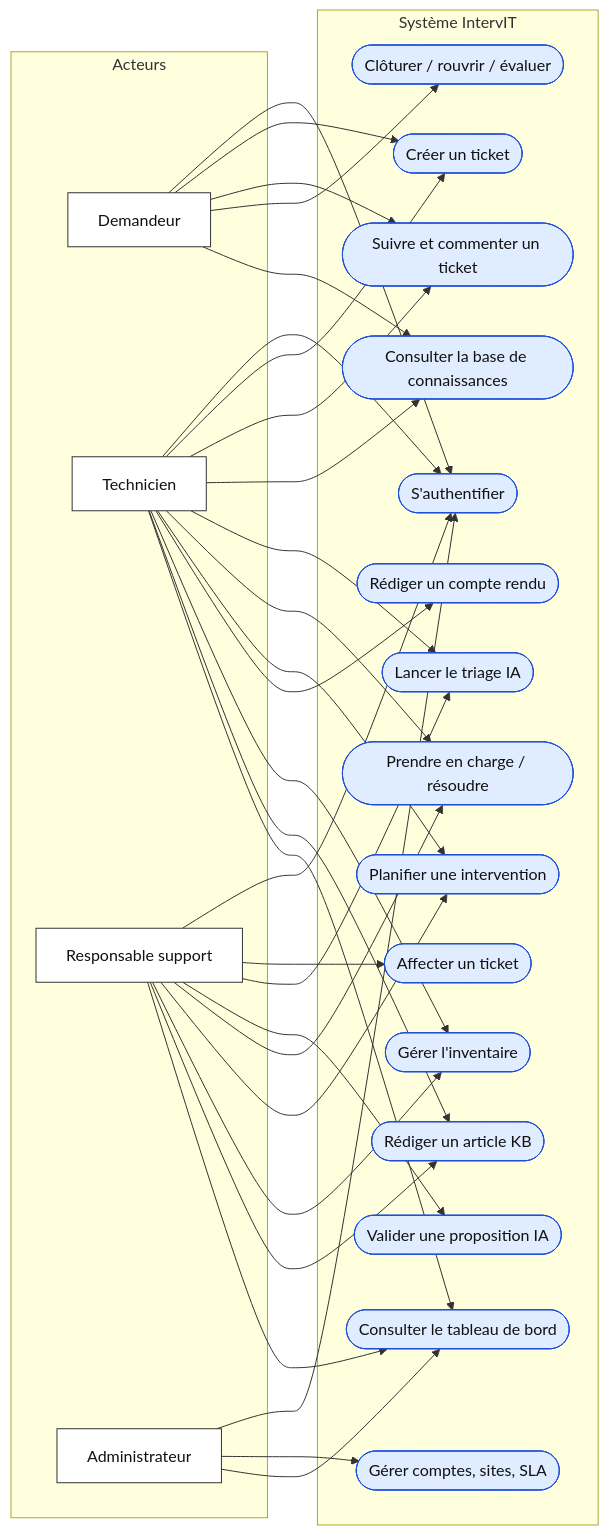
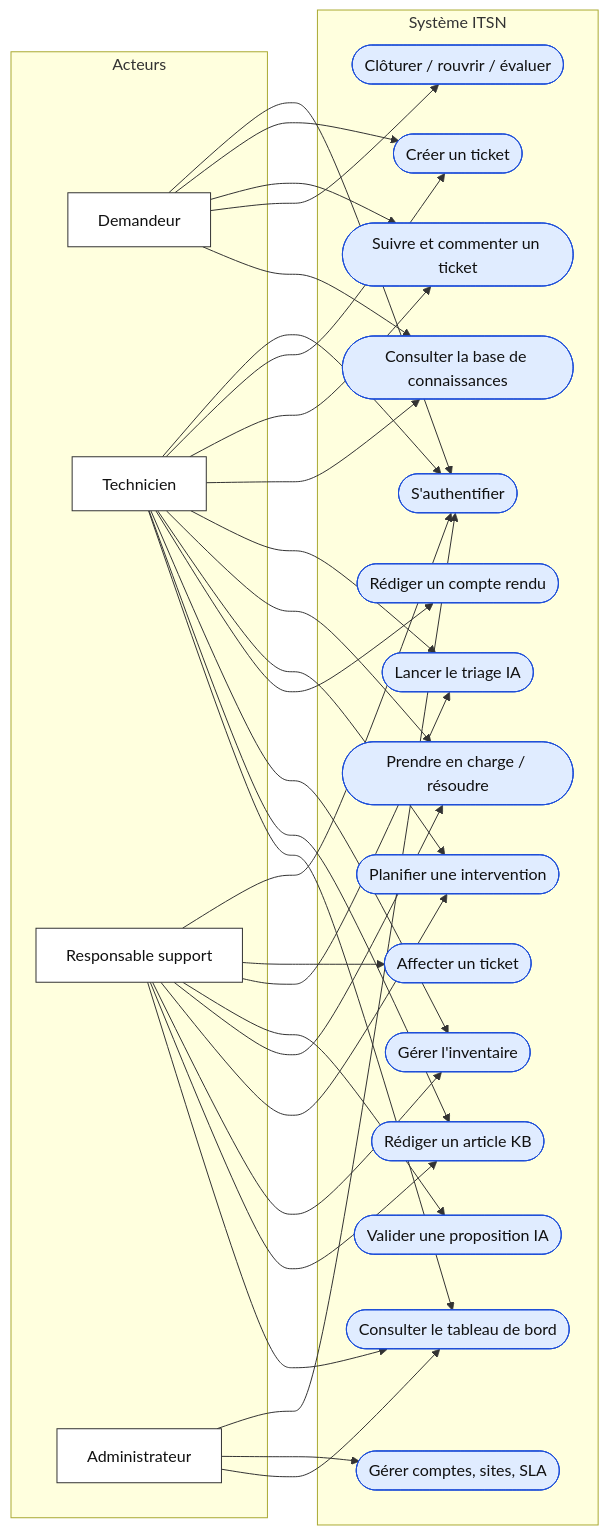
One commit to domoufan/itsn changed the diagram in docs/diagrams/02-cas-utilisation.mmd. Above: the diagram before and after it, drawn with Mermaid. The commit also changed 476 other files, not shown here.

First line of the commit message:
feat: renommage ITSN, charte graphique et refonte UI/UX, tests backend verts (40/40), preuves de tests, mémoire v0.2

```diff
--- a/docs/diagrams/02-cas-utilisation.mmd
+++ b/docs/diagrams/02-cas-utilisation.mmd
@@ -1,30 +1,30 @@
 flowchart LR
     classDef actor fill:#fff,stroke:#333,color:#111
     classDef uc fill:#e0ecff,stroke:#1d4ed8,color:#111,rx:30,ry:30
     subgraph Acteurs
         D[Demandeur]:::actor
         T[Technicien]:::actor
         M[Responsable support]:::actor
         A[Administrateur]:::actor
     end
-    subgraph "Système IntervIT"
+    subgraph "Système ITSN"
         UC1([S'authentifier]):::uc
         UC2([Créer un ticket]):::uc
         UC3([Suivre et commenter un ticket]):::uc
         UC4([Clôturer / rouvrir / évaluer]):::uc
         UC5([Consulter la base de connaissances]):::uc
         UC6([Affecter un ticket]):::uc
         UC7([Lancer le triage IA]):::uc
         UC8([Valider une proposition IA]):::uc
         UC9([Prendre en charge / résoudre]):::uc
         UC10([Planifier une intervention]):::uc
         UC11([Rédiger un compte rendu]):::uc
         UC12([Gérer l'inventaire]):::uc
         UC13([Rédiger un article KB]):::uc
         UC14([Consulter le tableau de bord]):::uc
         UC15([Gérer comptes, sites, SLA]):::uc
     end
     D --> UC1 & UC2 & UC3 & UC4 & UC5
     T --> UC1 & UC2 & UC3 & UC5 & UC7 & UC9 & UC10 & UC11 & UC12 & UC13 & UC14
     M --> UC1 & UC6 & UC7 & UC8 & UC9 & UC10 & UC12 & UC13 & UC14
     A --> UC1 & UC15 & UC14
```
